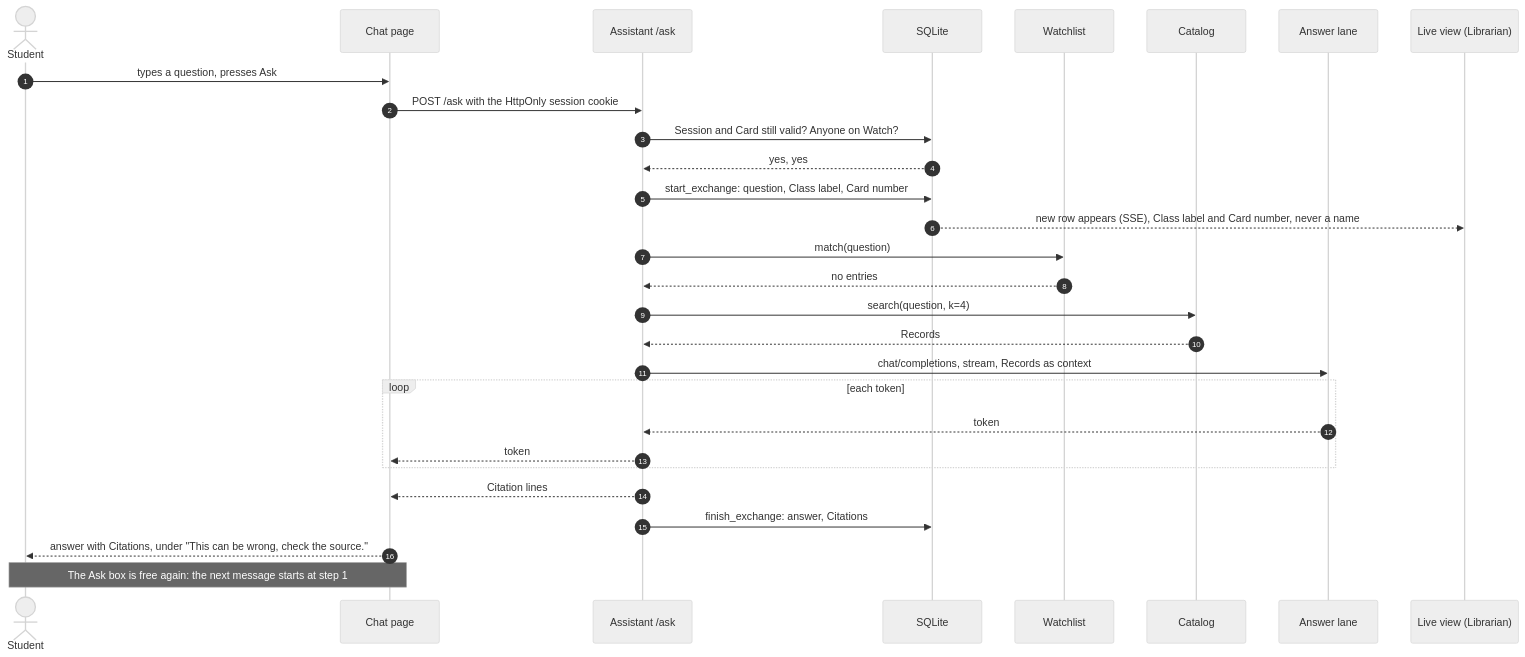
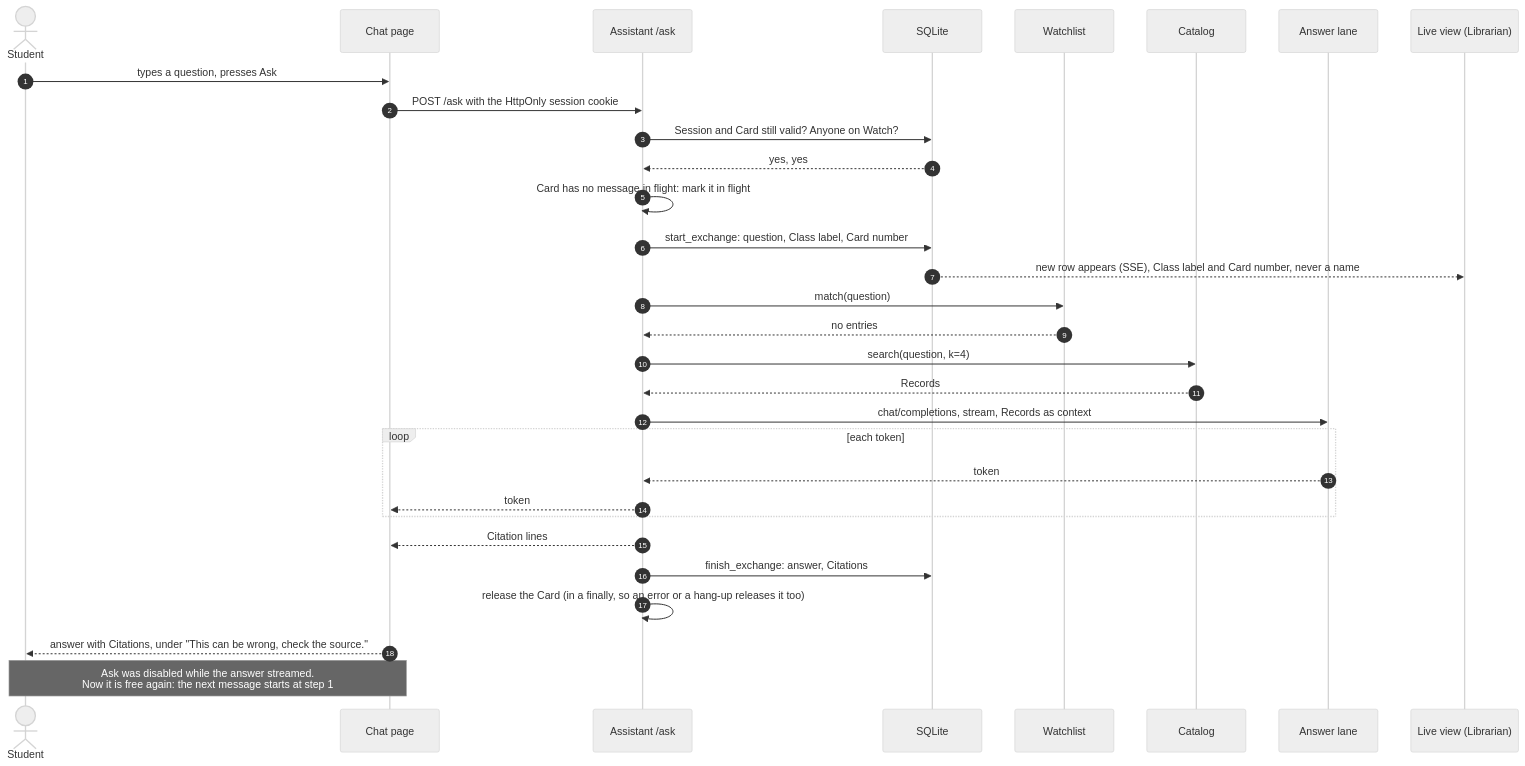
Before and after one commit to imkarrer/library-ai-lab: the second of 7 diagrams in docs/design/student-message-flow.md, drawn with Mermaid (neutral theme). The commit also changed other lines of this file, not shown here.

First line of the commit message:
docs/design: record decisions on in-flight, repeats, screening Supportive replies

````diff
--- a/docs/design/student-message-flow.md
+++ b/docs/design/student-message-flow.md
@@ -55,32 +57,34 @@
 ```mermaid
 sequenceDiagram
     autonumber
     actor S as Student
     participant P as Chat page
     participant A as Assistant /ask
     participant DB as SQLite
     participant W as Watchlist
     participant C as Catalog
     participant AL as Answer lane
     participant LV as Live view (Librarian)
 
     S->>P: types a question, presses Ask
     P->>A: POST /ask with the HttpOnly session cookie
     A->>DB: Session and Card still valid? Anyone on Watch?
     DB-->>A: yes, yes
+    A->>A: Card has no message in flight: mark it in flight
     A->>DB: start_exchange: question, Class label, Card number
     DB-->>LV: new row appears (SSE), Class label and Card number, never a name
     A->>W: match(question)
     W-->>A: no entries
     A->>C: search(question, k=4)
     C-->>A: Records
     A->>AL: chat/completions, stream, Records as context
     loop each token
         AL-->>A: token
         A-->>P: token
     end
     A-->>P: Citation lines
     A->>DB: finish_exchange: answer, Citations
+    A->>A: release the Card (in a finally, so an error or a hang-up releases it too)
     P-->>S: answer with Citations, under "This can be wrong, check the source."
-    Note over S,P: The Ask box is free again: the next message starts at step 1
+    Note over S,P: Ask was disabled while the answer streamed.<br/>Now it is free again: the next message starts at step 1
 ```
````
